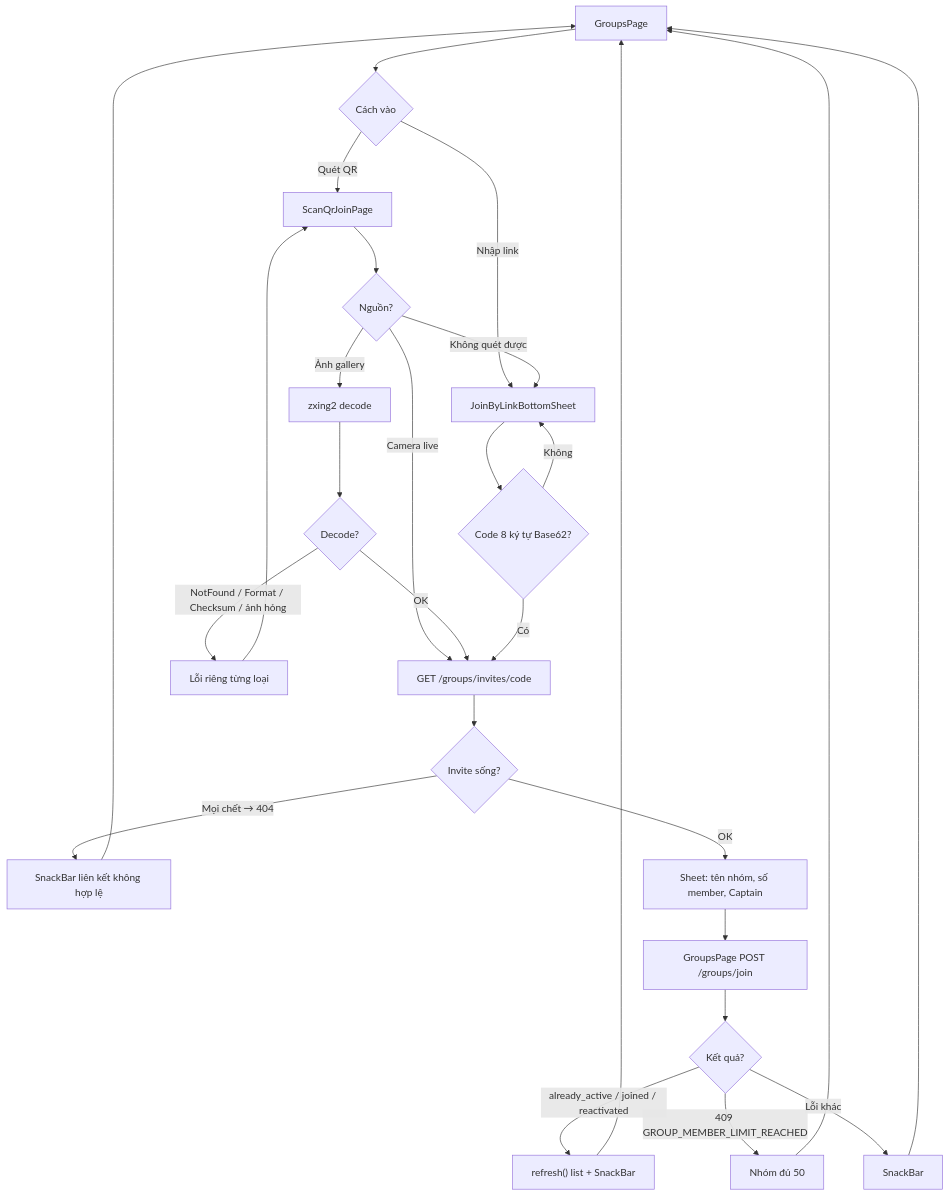
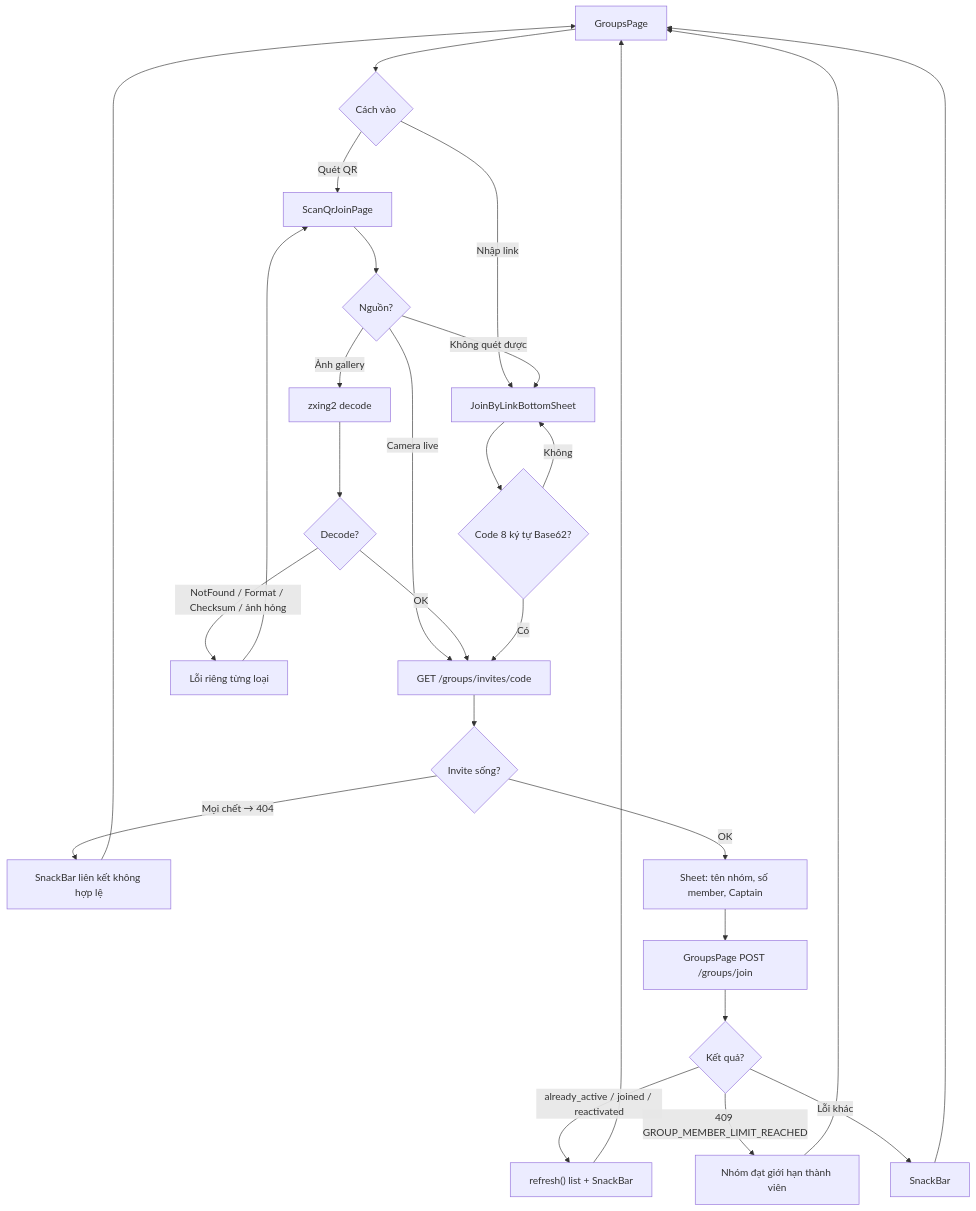
One commit to FintechVSF-Tranning/PaySplit-RP changed the sixth of 7 diagrams in flow/02-group.md. Above: the diagram before and after it, drawn with Mermaid. The commit also changed other lines of this file and 11 other files, not shown here.

First line of the commit message:
docs: Update flow documentation and reports for synchronization on 06/09/2026

````diff
--- a/flow/02-group.md
+++ b/flow/02-group.md
@@ -347,25 +351,25 @@
 ```mermaid
 flowchart TD
     A["GroupsPage"] --> B{"Cách vào"}
     B -->|"Nhập link"| C["JoinByLinkBottomSheet"]
     B -->|"Quét QR"| D["ScanQrJoinPage"]
     D --> E{"Nguồn?"}
     E -->|"Camera live"| I
     E -->|"Ảnh gallery"| F["zxing2 decode"]
     F --> G{"Decode?"}
     G -->|"NotFound / Format / Checksum / ảnh hỏng"| H["Lỗi riêng từng loại"] --> D
     G -->|"OK"| I
     E -->|"Không quét được"| C
     C --> J{"Code 8 ký tự Base62?"}
     J -->|"Không"| C
     J -->|"Có"| I["GET /groups/invites/code"]
     I --> K{"Invite sống?"}
     K -->|"Mọi chết → 404"| L["SnackBar liên kết không hợp lệ"] --> A
     K -->|"OK"| M["Sheet: tên nhóm, số member, Captain"]
     M --> N["GroupsPage POST /groups/join"]
     N --> O{"Kết quả?"}
     O -->|"already_active / joined / reactivated"| P["refresh() list + SnackBar"]
-    O -->|"409 GROUP_MEMBER_LIMIT_REACHED"| Q["Nhóm đủ 50"] --> A
+    O -->|"409 GROUP_MEMBER_LIMIT_REACHED"| Q["Nhóm đạt giới hạn thành viên"] --> A
     O -->|"Lỗi khác"| R["SnackBar"] --> A
     P --> A
 ```
````
